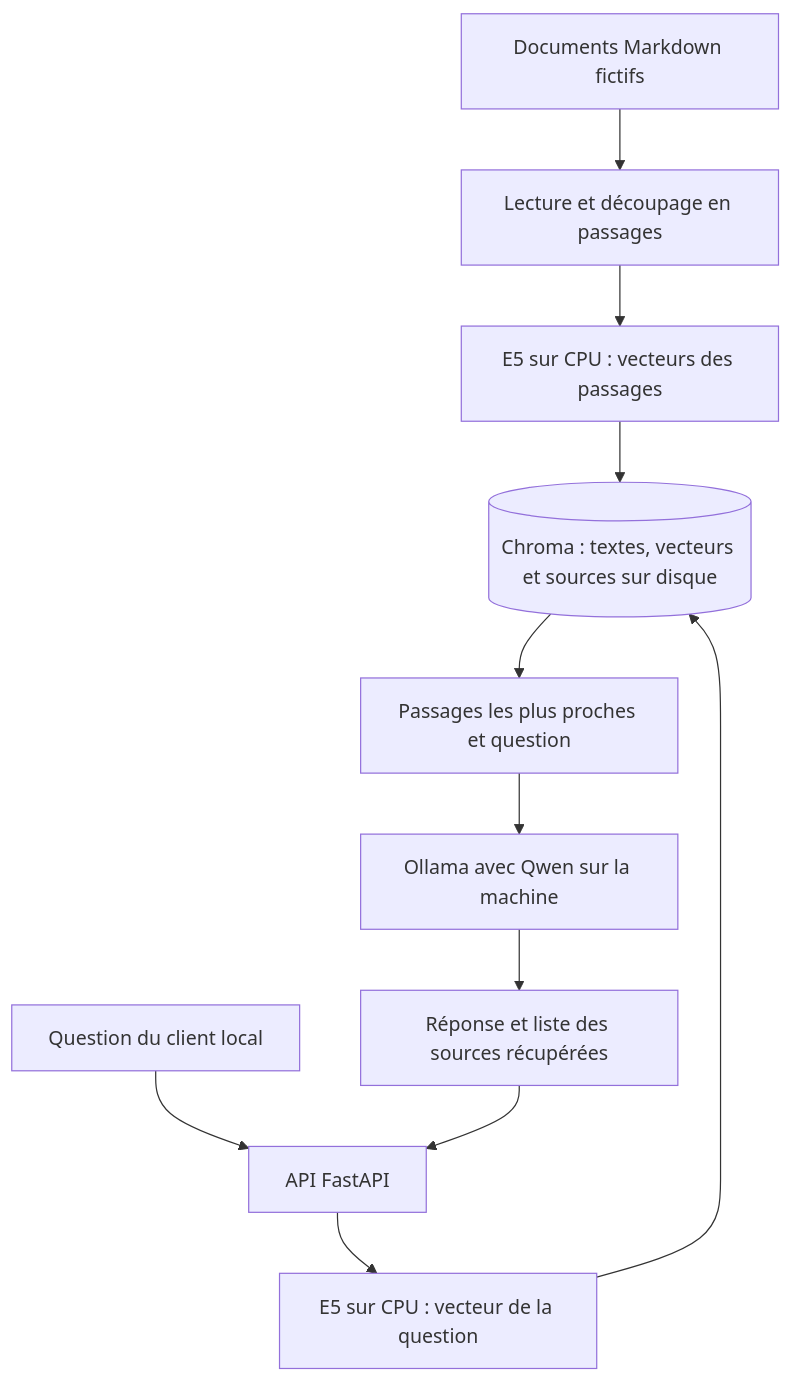
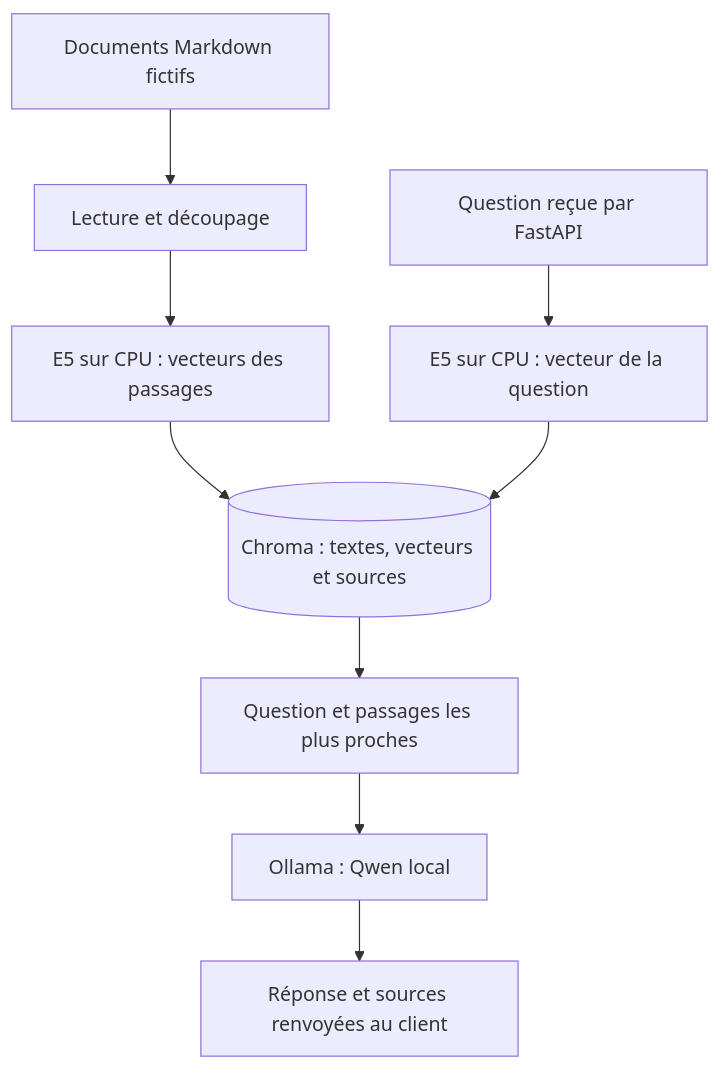
The diagram in docs/architecture/architecture.md (cloudistakenistaken/projet-option-asl-ia-ergen-scavone), drawn with Mermaid before and after one commit. The commit also changed other lines of this file and 9 other files, not shown here.

````diff
--- a/docs/architecture/architecture.md
+++ b/docs/architecture/architecture.md
@@ -25,13 +18,11 @@
 ```mermaid
 flowchart TD
-    DOC[Documents Markdown fictifs] --> ING[Lecture et découpage en passages]
+    DOC[Documents Markdown fictifs] --> ING[Lecture et découpage]
     ING --> EP[E5 sur CPU : vecteurs des passages]
-    EP --> DB[(Chroma : textes, vecteurs et sources sur disque)]
-    USER[Question du client local] --> API[API FastAPI]
-    API --> EQ[E5 sur CPU : vecteur de la question]
+    EP --> DB[(Chroma : textes, vecteurs et sources)]
+    USER[Question reçue par FastAPI] --> EQ[E5 sur CPU : vecteur de la question]
     EQ --> DB
-    DB --> CTX[Passages les plus proches et question]
-    CTX --> LLM[Ollama avec Qwen sur la machine]
-    LLM --> REP[Réponse et liste des sources récupérées]
-    REP --> API
+    DB --> CTX[Question et passages les plus proches]
+    CTX --> LLM[Ollama : Qwen local]
+    LLM --> REP[Réponse et sources renvoyées au client]
 ```
````
